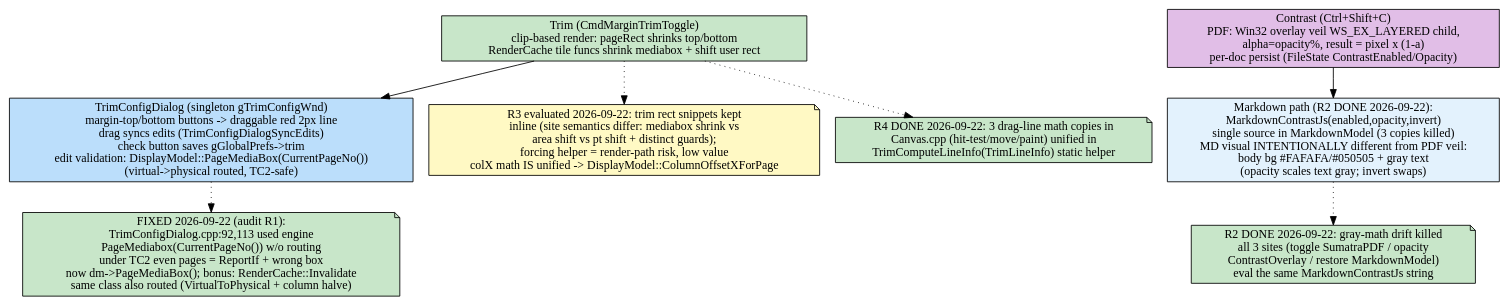
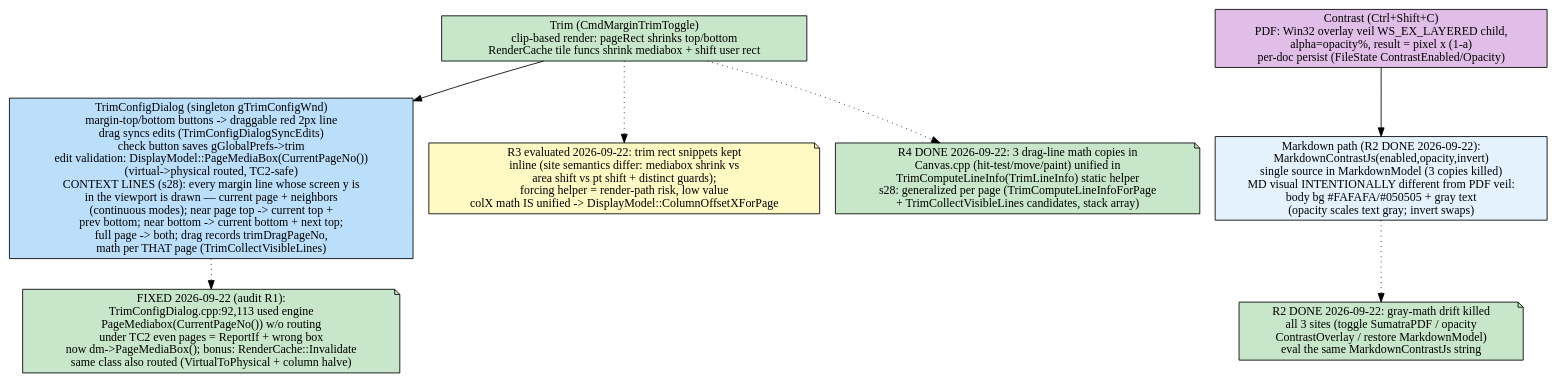
Before and after one commit to FelipeTesta/TumatraPDF: the diagram in FLOW/trim-contrast.dot, drawn with Graphviz. The commit also changed 16 other files, not shown here.

First line of the commit message:
feat(flashcard): sync markers + Re-check + context-aware trim lines (s27+s28)

```diff
--- a/FLOW/trim-contrast.dot
+++ b/FLOW/trim-contrast.dot
@@ -1,21 +1,21 @@
 digraph TrimContrast {
     rankdir=TB;
     node [shape=box, style=rounded];
 
     trim [label="Trim (CmdMarginTrimToggle)\nclip-based render: pageRect shrinks top/bottom\nRenderCache tile funcs shrink mediabox + shift user rect", fillcolor="#c8e6c9", style=filled];
-    trimdlg [label="TrimConfigDialog (singleton gTrimConfigWnd)\nmargin-top/bottom buttons -> draggable red 2px line\ndrag syncs edits (TrimConfigDialogSyncEdits)\ncheck button saves gGlobalPrefs->trim\nedit validation: DisplayModel::PageMediaBox(CurrentPageNo())\n(virtual->physical routed, TC2-safe)", fillcolor="#bbdefb", style=filled];
+    trimdlg [label="TrimConfigDialog (singleton gTrimConfigWnd)\nmargin-top/bottom buttons -> draggable red 2px line\ndrag syncs edits (TrimConfigDialogSyncEdits)\ncheck button saves gGlobalPrefs->trim\nedit validation: DisplayModel::PageMediaBox(CurrentPageNo())\n(virtual->physical routed, TC2-safe)\nCONTEXT LINES (s28): every margin line whose screen y is\nin the viewport is drawn — current page + neighbors\n(continuous modes); near page top -> current top +\nprev bottom; near bottom -> current bottom + next top;\nfull page -> both; drag records trimDragPageNo,\nmath per THAT page (TrimCollectVisibleLines)", fillcolor="#bbdefb", style=filled];
     trimbug [label="FIXED 2026-09-22 (audit R1):\nTrimConfigDialog.cpp:92,113 used engine\nPageMediabox(CurrentPageNo()) w/o routing\nunder TC2 even pages = ReportIf + wrong box\nnow dm->PageMediaBox(); bonus: RenderCache::Invalidate\nsame class also routed (VirtualToPhysical + column halve)", shape=note, fillcolor="#c8e6c9", style=filled];
     trimdup [label="R3 evaluated 2026-09-22: trim rect snippets kept\ninline (site semantics differ: mediabox shrink vs\narea shift vs pt shift + distinct guards);\nforcing helper = render-path risk, low value\ncolX math IS unified -> DisplayModel::ColumnOffsetXForPage", shape=note, fillcolor="#fff9c4", style=filled];
-    trimlines [label="R4 DONE 2026-09-22: 3 drag-line math copies in\nCanvas.cpp (hit-test/move/paint) unified in\nTrimComputeLineInfo(TrimLineInfo) static helper", shape=note, fillcolor="#c8e6c9", style=filled];
+    trimlines [label="R4 DONE 2026-09-22: 3 drag-line math copies in\nCanvas.cpp (hit-test/move/paint) unified in\nTrimComputeLineInfo(TrimLineInfo) static helper\ns28: generalized per page (TrimComputeLineInfoForPage\n+ TrimCollectVisibleLines candidates, stack array)", shape=note, fillcolor="#c8e6c9", style=filled];
 
     contrast [label="Contrast (Ctrl+Shift+C)\nPDF: Win32 overlay veil WS_EX_LAYERED child,\nalpha=opacity%, result = pixel x (1-a)\nper-doc persist (FileState ContrastEnabled/Opacity)", fillcolor="#e1bee7", style=filled];
     cmd [label="Markdown path (R2 DONE 2026-09-22):\nMarkdownContrastJs(enabled,opacity,invert)\nsingle source in MarkdownModel (3 copies killed)\nMD visual INTENTIONALLY different from PDF veil:\nbody bg #FAFAFA/#050505 + gray text\n(opacity scales text gray; invert swaps)", fillcolor="#e3f2fd", style=filled];
     contrastdup [label="R2 DONE 2026-09-22: gray-math drift killed\nall 3 sites (toggle SumatraPDF / opacity\nContrastOverlay / restore MarkdownModel)\neval the same MarkdownContrastJs string", shape=note, fillcolor="#c8e6c9", style=filled];
 
     trim -> trimdlg;
     trimdlg -> trimbug [style=dotted];
     trim -> trimdup [style=dotted];
     trim -> trimlines [style=dotted];
     contrast -> cmd;
     cmd -> contrastdup [style=dotted];
 }
```
